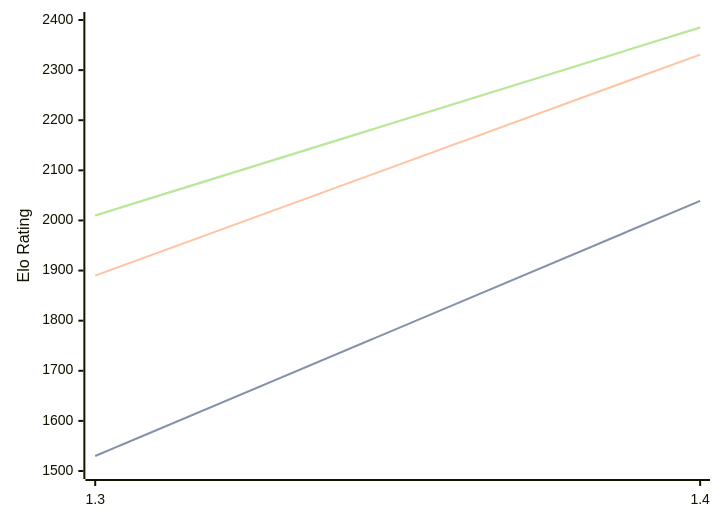
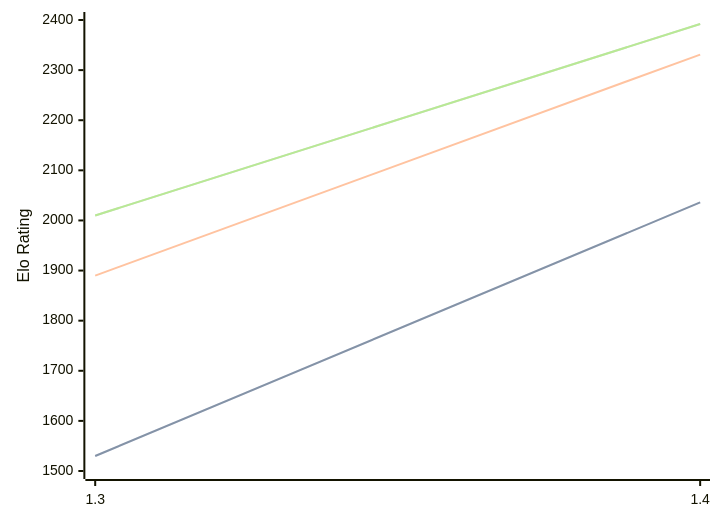
One commit to computer-chess-index/cci changed the diagram in engines/Facon.md. Above: the diagram before and after it, drawn with Mermaid. The commit also changed other lines of this file, not shown here.

Commit message:
Update CCI Ratings (ELO VLTC) - 2026-05-03

````diff
--- a/engines/Facon.md
+++ b/engines/Facon.md
@@ -35,11 +35,11 @@
 ```mermaid
 %%{init: {"theme":"base","themeVariables":{"seriesColors:['#a3a3a3','#222221','#faa371']}}}%%
 xychart-beta
   x-axis ["1.3", "1.4"]
   y-axis "Elo Rating" 1500 --> 2400
-  line "STC (8.0+0.08s)" [1530, 2039]
-  line "STC (8.0+0.08s)" [1530, 2039]
+  line "STC (8.0+0.08s)" [1530, 2036]
+  line "STC (8.0+0.08s)" [1530, 2036]
   line "LTC (60.0+0.60s)" [1890, 2331]
-  line "VLTC (2m24s+1.12s)" [2010, 2385]
-  line "VLTC (2m24s+1.12s)" [2010, 2385]
+  line "VLTC (2m24s+1.12s)" [2010, 2392]
+  line "VLTC (2m24s+1.12s)" [2010, 2392]
 ```
````
